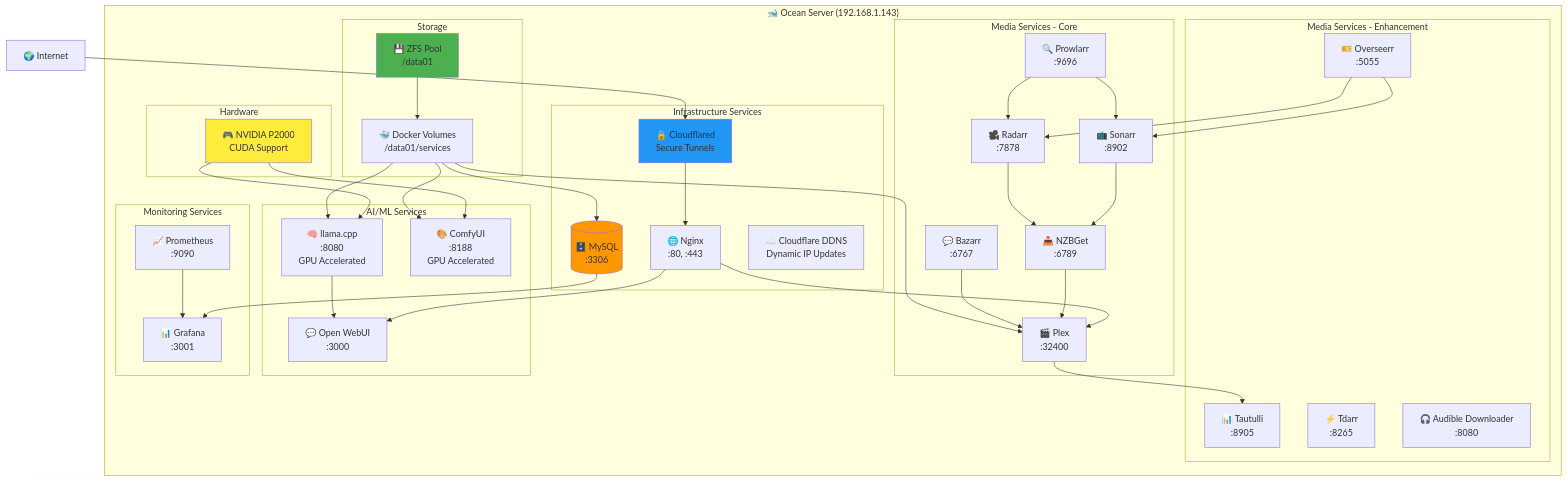
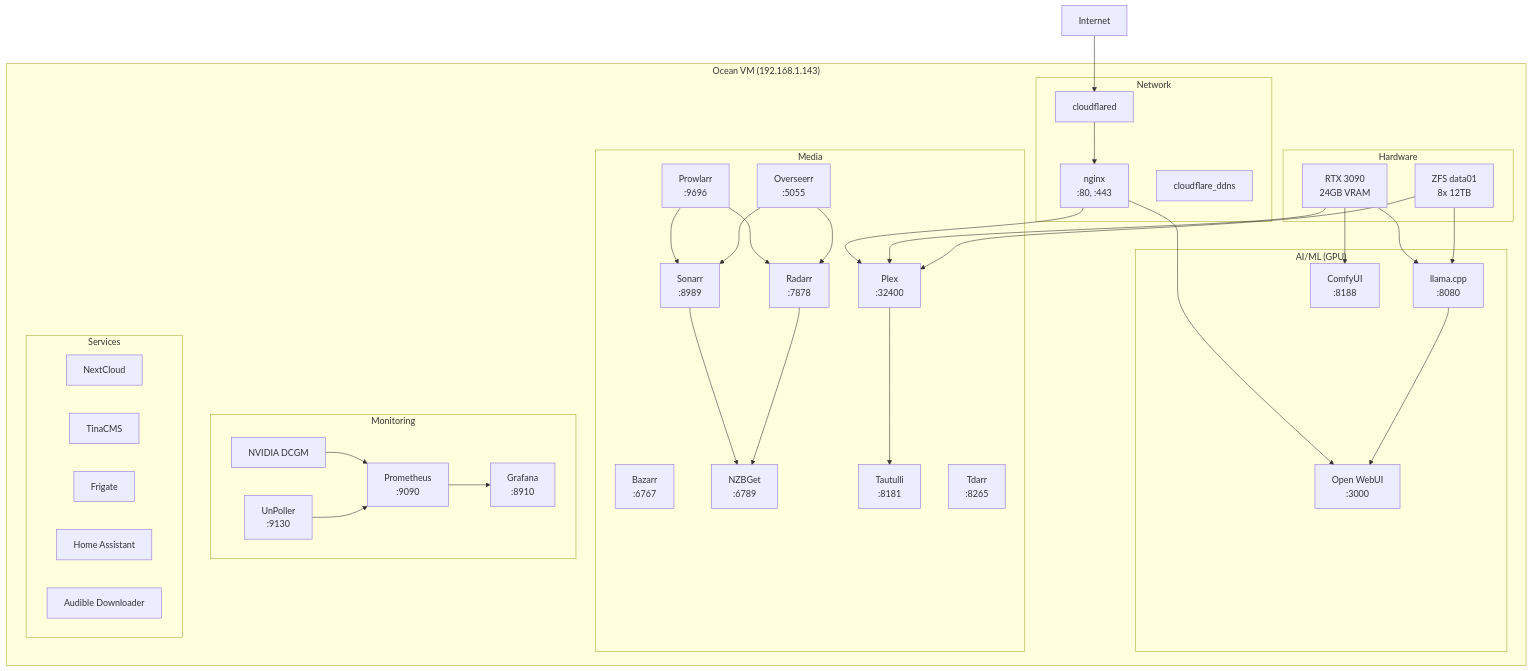
One commit to bluefishforsale/homelab changed the diagram in docs/architecture/ocean-services.md. Above: the diagram before and after it, drawn with Mermaid. The commit also changed other lines of this file and 73 other files, not shown here.

````diff
--- a/docs/architecture/ocean-services.md
+++ b/docs/architecture/ocean-services.md
@@ -3,81 +9,74 @@
 ```mermaid
 graph TB
-    subgraph "🐋 Ocean Server (192.168.1.143)"
-        subgraph "Infrastructure Services"
-            MySQL[(🗄️ MySQL<br/>:3306)]
-            Nginx[🌐 Nginx<br/>:80, :443]
-            DDNS[☁️ Cloudflare DDNS<br/>Dynamic IP Updates]
-            Cloudflared[🔒 Cloudflared<br/>Secure Tunnels]
+    subgraph ocean["Ocean VM (192.168.1.143)"]
+        subgraph network["Network"]
+            Nginx[nginx<br/>:80, :443]
+            DDNS[cloudflare_ddns]
+            Cloudflared[cloudflared]
         end
         
-        subgraph "Media Services - Core"
-            Plex[🎬 Plex<br/>:32400]
-            NZBGet[📥 NZBGet<br/>:6789]
-            Prowlarr[🔍 Prowlarr<br/>:9696]
-            Sonarr[📺 Sonarr<br/>:8902]
-            Radarr[🎥 Radarr<br/>:7878]
-            Bazarr[💬 Bazarr<br/>:6767]
+        subgraph ai["AI/ML (GPU)"]
+            LlamaCpp[llama.cpp<br/>:8080]
+            OpenWebUI[Open WebUI<br/>:3000]
+            ComfyUI[ComfyUI<br/>:8188]
         end
         
-        subgraph "Media Services - Enhancement"
-            Tautulli[📊 Tautulli<br/>:8905]
-            Overseerr[🎫 Overseerr<br/>:5055]
-            Tdarr[⚡ Tdarr<br/>:8265]
-            Audible[🎧 Audible Downloader<br/>:8080]
+        subgraph media["Media"]
+            Plex[Plex<br/>:32400]
+            Sonarr[Sonarr<br/>:8989]
+            Radarr[Radarr<br/>:7878]
+            Prowlarr[Prowlarr<br/>:9696]
+            Bazarr[Bazarr<br/>:6767]
+            NZBGet[NZBGet<br/>:6789]
+            Overseerr[Overseerr<br/>:5055]
+            Tautulli[Tautulli<br/>:8181]
+            Tdarr[Tdarr<br/>:8265]
         end
         
-        subgraph "AI/ML Services"
-            LlamaCpp[🧠 llama.cpp<br/>:8080<br/>GPU Accelerated]
-            OpenWebUI[💬 Open WebUI<br/>:3000]
-            ComfyUI[🎨 ComfyUI<br/>:8188<br/>GPU Accelerated]
+        subgraph monitoring["Monitoring"]
+            Prometheus[Prometheus<br/>:9090]
+            Grafana[Grafana<br/>:8910]
+            DCGM[NVIDIA DCGM]
+            UnPoller[UnPoller<br/>:9130]
         end
         
-        subgraph "Monitoring Services"
-            Prometheus[📈 Prometheus<br/>:9090]
-            Grafana[📊 Grafana<br/>:3001]
+        subgraph services["Services"]
+            NextCloud[NextCloud]
+            TinaCMS[TinaCMS]
+            Frigate[Frigate]
+            HomeAssistant[Home Assistant]
+            Audible[Audible Downloader]
         end
         
-        subgraph "Storage"
-            ZFS[💾 ZFS Pool<br/>/data01]
-            Docker[🐳 Docker Volumes<br/>/data01/services]
-        end
-        
-        subgraph "Hardware"
-            GPU[🎮 NVIDIA P2000<br/>CUDA Support]
+        subgraph hardware["Hardware"]
+            GPU[RTX 3090<br/>24GB VRAM]
+            ZFS[ZFS data01<br/>8x 12TB]
         end
     end
     
-    Internet[🌍 Internet] --> Cloudflared
+    Internet[Internet] --> Cloudflared
     Cloudflared --> Nginx
     Nginx --> Plex
     Nginx --> OpenWebUI
-    MySQL --> Grafana
     
     Prowlarr --> Sonarr
     Prowlarr --> Radarr
     Sonarr --> NZBGet
     Radarr --> NZBGet
-    NZBGet --> Plex
-    Bazarr --> Plex
     
     Plex --> Tautulli
     Overseerr --> Sonarr
     Overseerr --> Radarr
     
     LlamaCpp --> OpenWebUI
     GPU --> LlamaCpp
     GPU --> ComfyUI
+    GPU --> Plex
     
     Prometheus --> Grafana
+    DCGM --> Prometheus
+    UnPoller --> Prometheus
     
-    ZFS --> Docker
-    Docker --> Plex
-    Docker --> MySQL
-    Docker --> LlamaCpp
-    Docker --> ComfyUI
-    
-    style GPU fill:#ffeb3b
-    style ZFS fill:#4caf50
-    style MySQL fill:#ff9800
-    style Cloudflared fill:#2196f3
+    ZFS --> Plex
+    ZFS --> LlamaCpp
 ```
````
